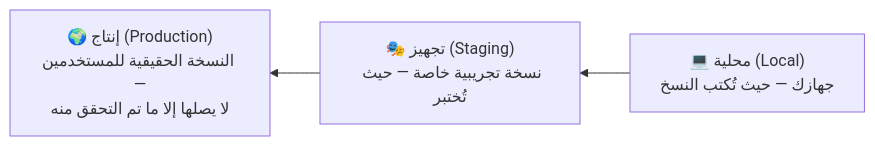
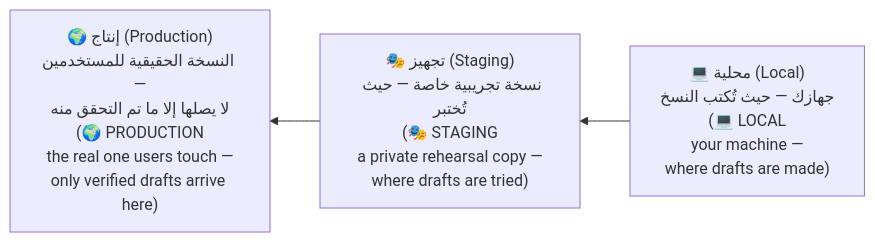
One commit to Tamoura/system-design-for-vibe-coders changed the fifth of 7 diagrams in modules/00-foundations/foundations.ar.md. Above: the diagram before and after it, drawn with Mermaid. The commit also changed other lines of this file and 62 other files, not shown here.

First line of the commit message:
Arabic editions: English on every diagram label, RTL fixes, rebuild

````diff
--- a/modules/00-foundations/foundations.ar.md
+++ b/modules/00-foundations/foundations.ar.md
@@ -194,5 +194,5 @@
 ```mermaid
 flowchart RL
-    L["💻 محلية (Local)<br/>جهازك — حيث تُكتب النسخ"] --> S["🎭 تجهيز (Staging)<br/>نسخة تجريبية خاصة — حيث تُختبر"]
-    S --> P["🌍 إنتاج (Production)<br/>النسخة الحقيقية للمستخدمين —<br/>لا يصلها إلا ما تم التحقق منه"]
+    L["💻 محلية (Local)<br/>جهازك — حيث تُكتب النسخ<br/>(💻 LOCAL<br/>your machine —<br/>where drafts are made)"] --> S["🎭 تجهيز (Staging)<br/>نسخة تجريبية خاصة — حيث تُختبر<br/>(🎭 STAGING<br/>a private rehearsal copy —<br/>where drafts are tried)"]
+    S --> P["🌍 إنتاج (Production)<br/>النسخة الحقيقية للمستخدمين —<br/>لا يصلها إلا ما تم التحقق منه<br/>(🌍 PRODUCTION<br/>the real one users touch —<br/>only verified drafts arrive here)"]
 ```
````
